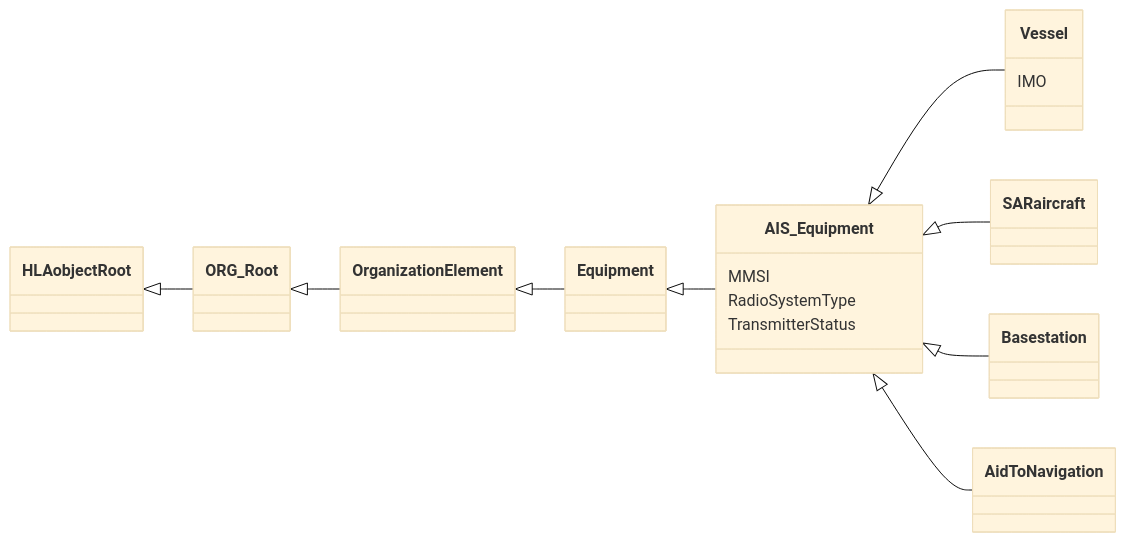
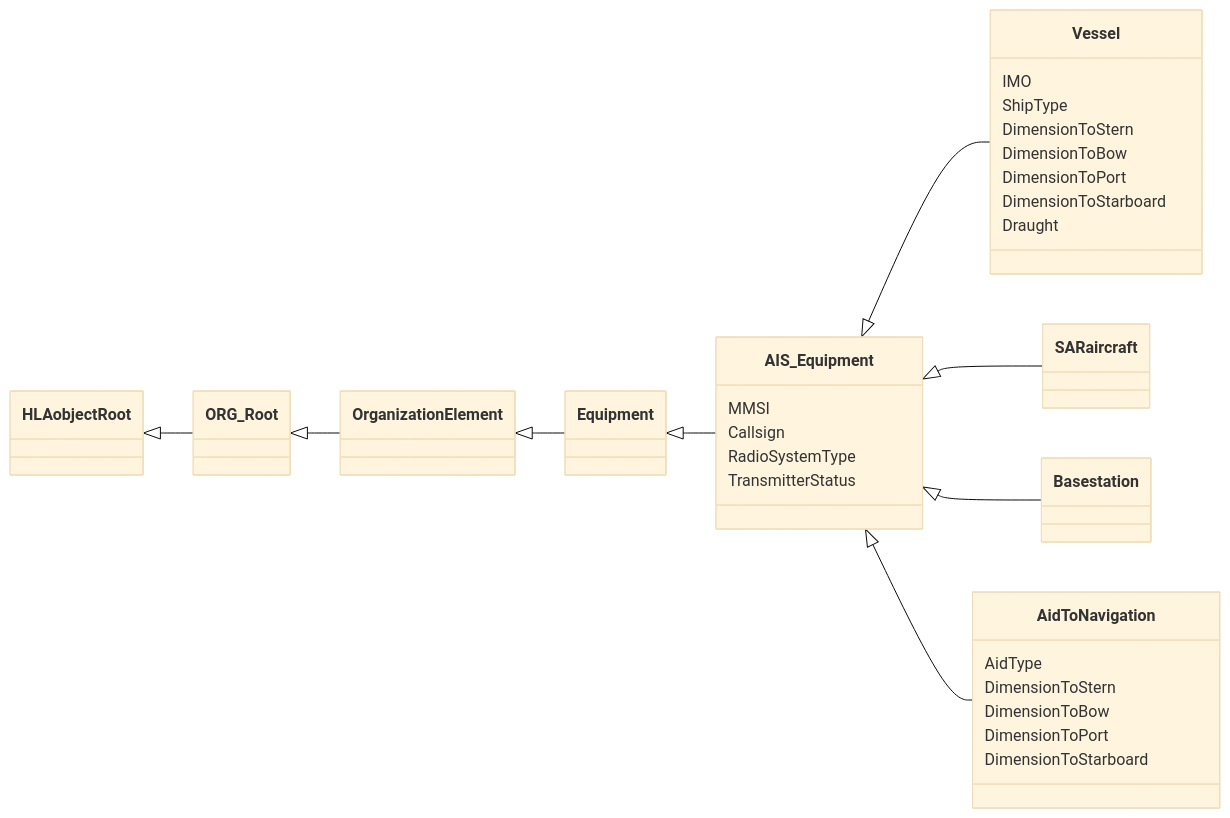
One commit to AMSP-04/NETN-AIS changed the first of 2 diagrams in NETN-AIS.md. Above: the diagram before and after it, drawn with Mermaid (base theme). The commit also changed other lines of this file and 1 other file, not shown here.

````diff
--- a/NETN-AIS.md
+++ b/NETN-AIS.md
@@ -143,17 +176,29 @@
 ```mermaid
 classDiagram 
 direction LR
 
 HLAobjectRoot <|-- ORG_Root
 ORG_Root <|-- OrganizationElement
 OrganizationElement <|-- Equipment
 Equipment <|-- AIS_Equipment
 AIS_Equipment <|-- Vessel
 AIS_Equipment <|-- SARaircraft
 AIS_Equipment <|-- Basestation
 AIS_Equipment <|-- AidToNavigation
 AIS_Equipment : MMSI
+AIS_Equipment : Callsign
 AIS_Equipment : RadioSystemType
 AIS_Equipment : TransmitterStatus
 Vessel : IMO
+Vessel : ShipType
+Vessel : DimensionToStern
+Vessel : DimensionToBow
+Vessel : DimensionToPort
+Vessel : DimensionToStarboard
+Vessel : Draught
+AidToNavigation : AidType
+AidToNavigation : DimensionToStern
+AidToNavigation : DimensionToBow
+AidToNavigation : DimensionToPort
+AidToNavigation : DimensionToStarboard
 ```
````
